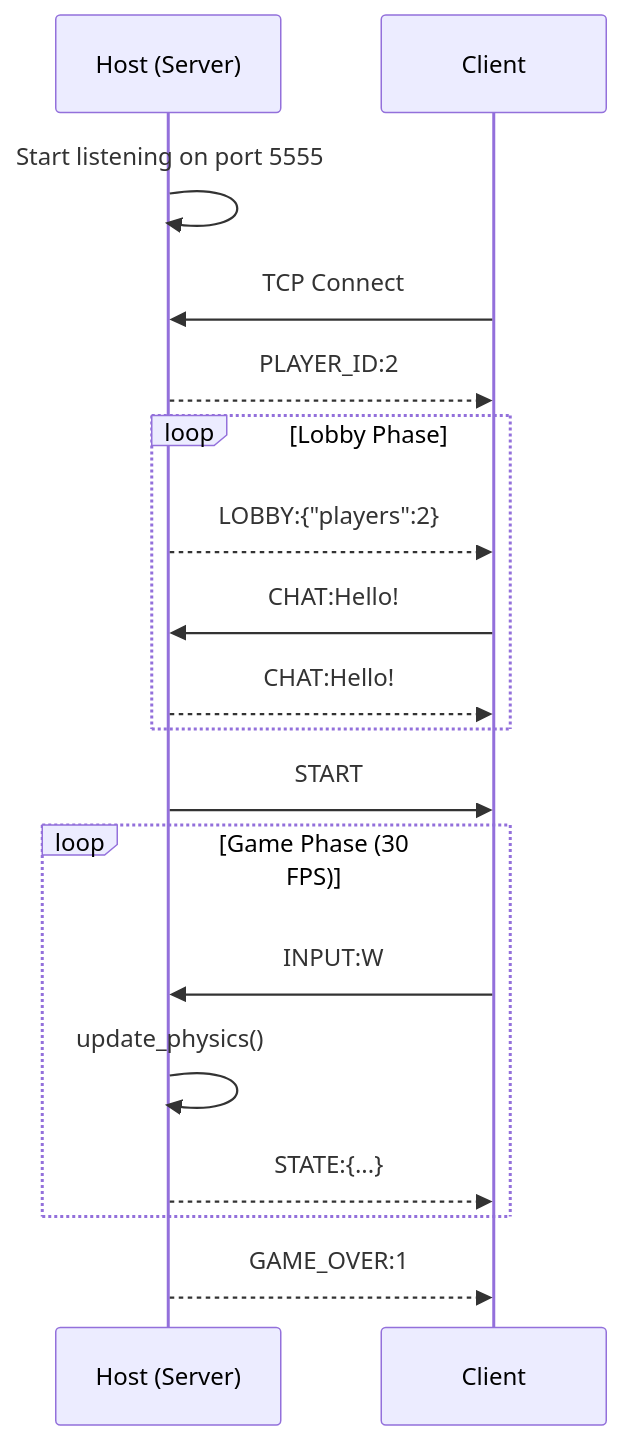
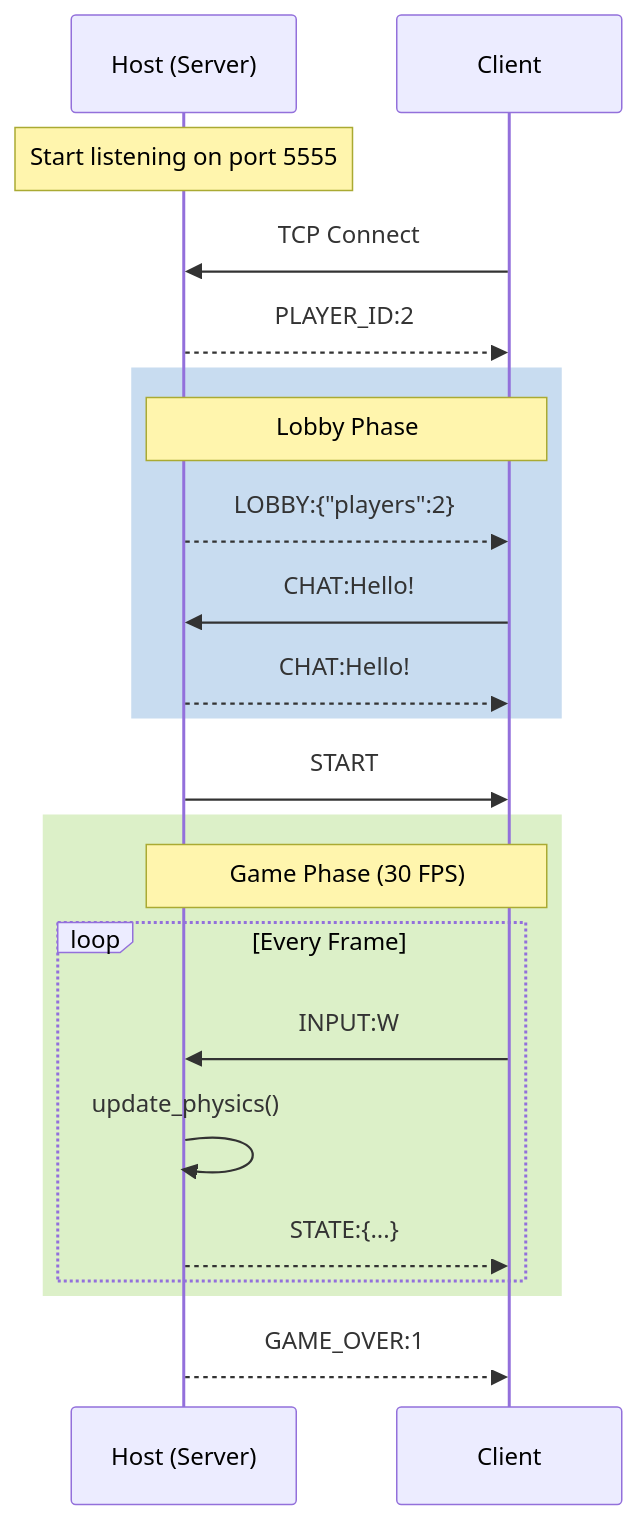
One commit to ditverse/ascii-game-python changed the third of 4 diagrams in docs/DOKUMEN_DESAIN.md. Above: the diagram before and after it, drawn with Mermaid. The commit also changed other lines of this file and 2 other files, not shown here.

````diff
--- a/docs/DOKUMEN_DESAIN.md
+++ b/docs/DOKUMEN_DESAIN.md
@@ -195,25 +253,30 @@
 ```mermaid
 sequenceDiagram
     participant Host as Host (Server)
     participant Client as Client
     
-    Host->>Host: Start listening on port 5555
+    Note over Host: Start listening on port 5555
+    
     Client->>Host: TCP Connect
     Host-->>Client: PLAYER_ID:2
     
-    loop Lobby Phase
+    rect rgb(200, 220, 240)
+        Note over Host,Client: Lobby Phase
         Host-->>Client: LOBBY:{"players":2}
         Client->>Host: CHAT:Hello!
         Host-->>Client: CHAT:Hello!
     end
     
     Host->>Client: START
     
-    loop Game Phase (30 FPS)
-        Client->>Host: INPUT:W
-        Host->>Host: update_physics()
-        Host-->>Client: STATE:{...}
+    rect rgb(220, 240, 200)
+        Note over Host,Client: Game Phase (30 FPS)
+        loop Every Frame
+            Client->>Host: INPUT:W
+            Host->>Host: update_physics()
+            Host-->>Client: STATE:{...}
+        end
     end
     
     Host-->>Client: GAME_OVER:1
 ```
````
